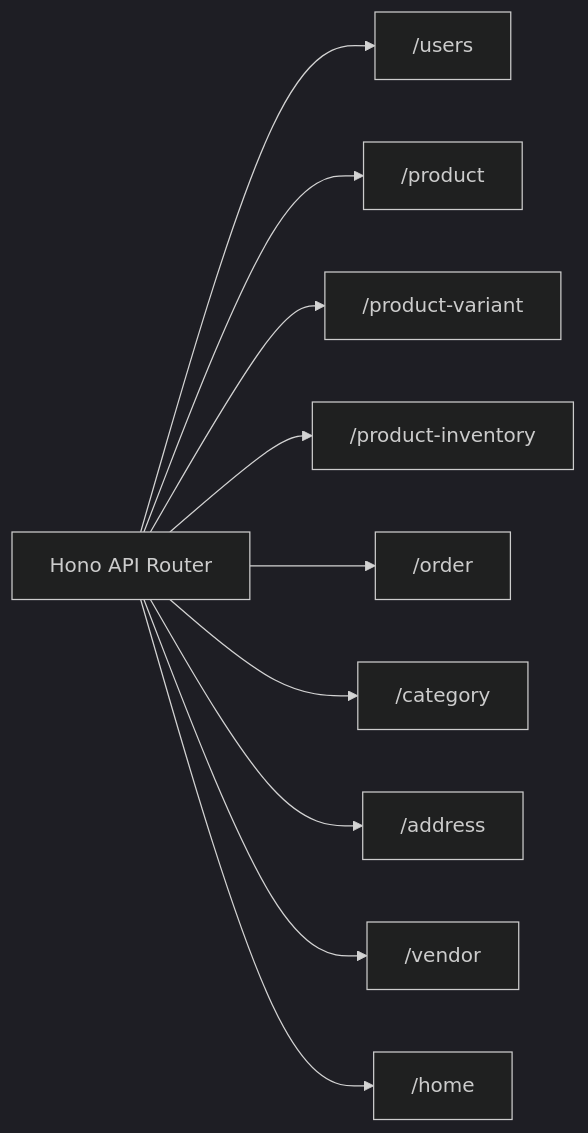
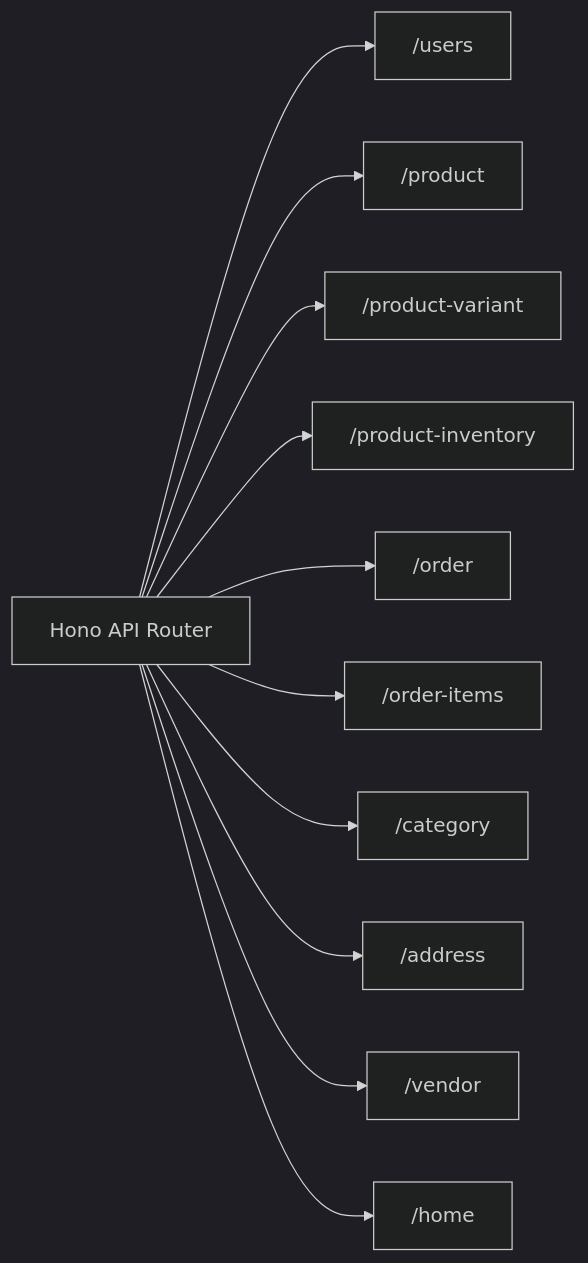
One commit to abdulahadsn5791-gif/ecomerece changed the sixth of 6 diagrams in PROJECT_DOCUMENTATION.md. Above: the diagram before and after it, drawn with Mermaid (dark theme). The commit also changed other lines of this file and 60 other files, not shown here.

````diff
--- a/PROJECT_DOCUMENTATION.md
+++ b/PROJECT_DOCUMENTATION.md
@@ -578,13 +674,14 @@
 ```mermaid
 graph LR
     API[Hono API Router]
     API --> Users["/users"]
     API --> Products["/product"]
     API --> Variants["/product-variant"]
     API --> Inventory["/product-inventory"]
     API --> Orders["/order"]
+    API --> OrderItems["/order-items"]
     API --> Categories["/category"]
     API --> Address["/address"]
     API --> Vendor["/vendor"]
     API --> Home["/home"]
 ```
````
